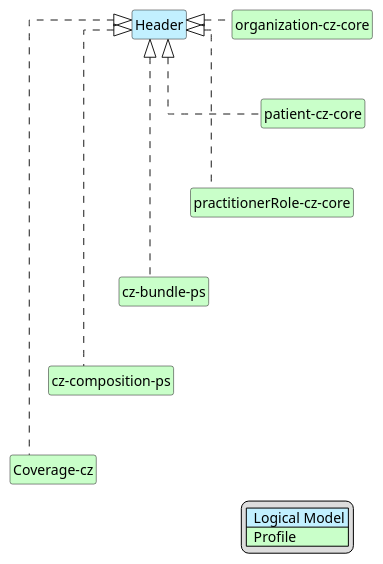
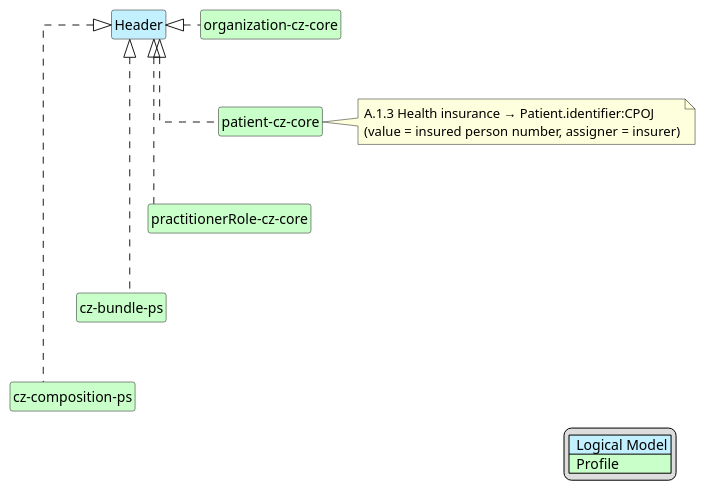
The diagram in input/images-source/PS_Header-map.plantuml (HL7-cz/ps), drawn with PlantUML before and after one commit. The commit also changed 3 other files, not shown here.

```diff
--- a/input/images-source/PS_Header-map.plantuml
+++ b/input/images-source/PS_Header-map.plantuml
@@ -1,36 +1,37 @@
 @startuml PS_Header-map
 hide circle
 hide stereotype
 hide members
 hide methods
 skinparam linetype ortho
 skinparam class {
 BackgroundColor<<LogicalModel>> #APPLICATION
 BackgroundColor<<Profile>> #TECHNOLOGY
 }
 legend right
 | <#APPLICATION>  Logical Model |
 | <#TECHNOLOGY>  Profile |
 endlegend
 class "Header" <<LogicalModel>> [[StructureDefinition-LogHeaderPSCz.html]]
 ' note top #PaleTurquoise [[ConceptMap-HeaderToFHIR-cz-ps.html]]
 ' Concept Map
 ' endnote
 class "organization-cz-core" <<Profile>> [[https://build.fhir.org/ig/HL7-cz/cz-core/StructureDefinition-cz-organization-core.html]]
 "Header" <|. "organization-cz-core"
 class "patient-cz-core" <<Profile>> [[https://build.fhir.org/ig/HL7-cz/cz-core/StructureDefinition-cz-patient-core.html]]
 "Header" <|. "patient-cz-core"
+note right of "patient-cz-core"
+A.1.3 Health insurance → Patient.identifier:CPOJ
+(value = insured person number, assigner = insurer)
+end note
 "organization-cz-core" -d[hidden]-> "patient-cz-core"
 class "practitionerRole-cz-core" <<Profile>> [[https://build.fhir.org/ig/HL7-cz/cz-core/StructureDefinition-cz-practitionerrole-core.html]]
 "Header" <|. "practitionerRole-cz-core"
 "patient-cz-core" -d[hidden]-> "practitionerRole-cz-core"
 class "cz-bundle-ps" <<Profile>> [[StructureDefinition-cz-bundle-ps.html]]
 "Header" <|. "cz-bundle-ps"
 "practitionerRole-cz-core" -d[hidden]-> "cz-bundle-ps"
 class "cz-composition-ps" <<Profile>> [[StructureDefinition-cz-composition-ps.html]]
 "Header" <|. "cz-composition-ps"
 "cz-bundle-ps" -d[hidden]-> "cz-composition-ps"
-class "Coverage-cz" <<Profile>> [[https://build.fhir.org/ig/HL7-cz/cz-core/StructureDefinition-cz-coverage.html]]
-"Header" <|. "Coverage-cz"
-"cz-composition-ps" -d[hidden]-> "Coverage-cz"
 @enduml
```
